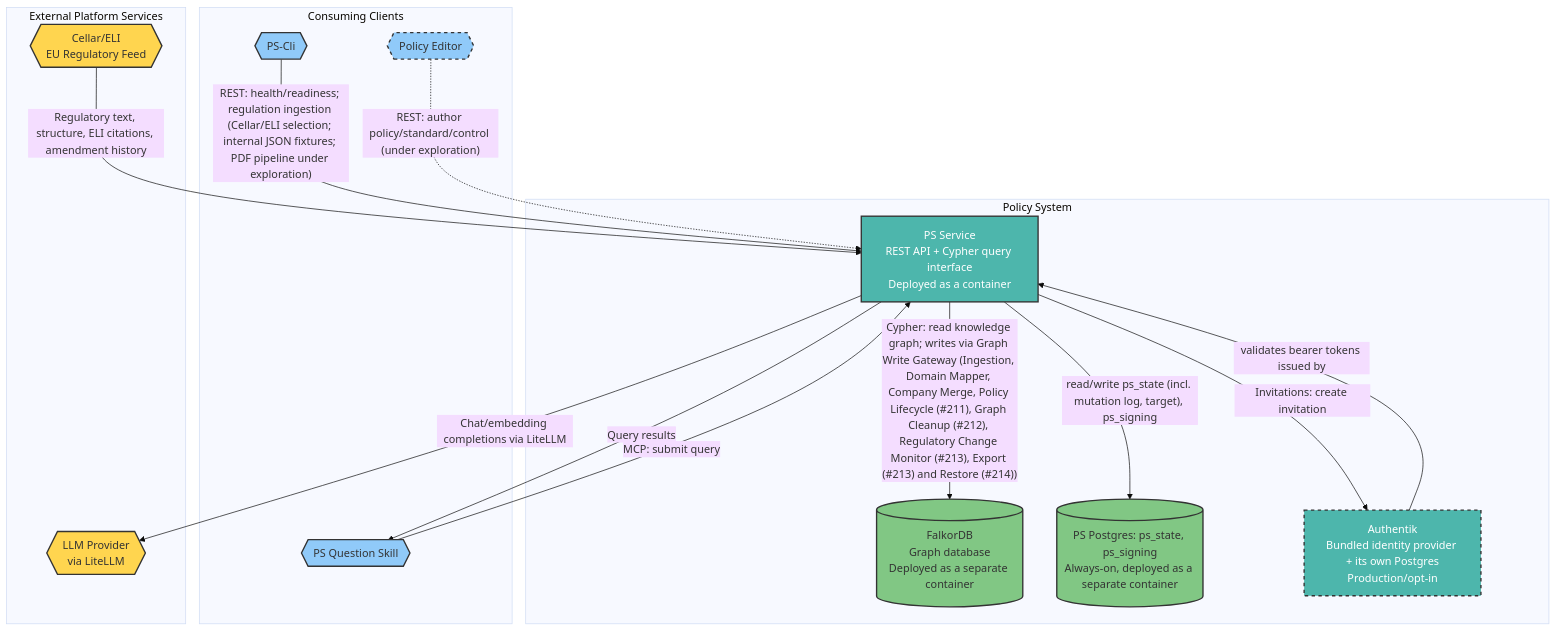
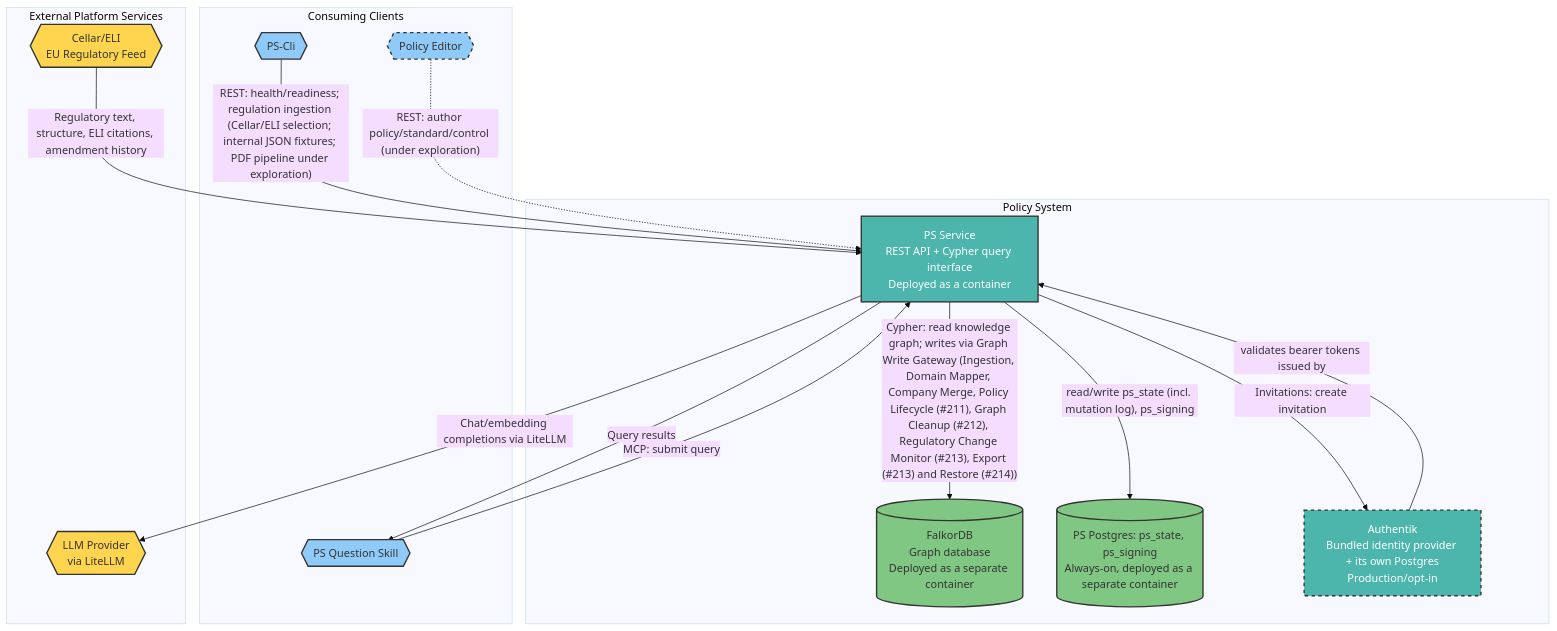
The second of 2 diagrams in docs/architecture/ps-solution-architecture.md (mindovermachine-dev/policy-system), drawn with Mermaid (base theme) before and after one commit. The commit also changed other lines of this file and 15 other files, not shown here.

````diff
--- a/docs/architecture/ps-solution-architecture.md
+++ b/docs/architecture/ps-solution-architecture.md
@@ -150,43 +150,43 @@
 ```mermaid
 graph TB
     subgraph Clients["Consuming Clients"]
         PSCli{{PS-Cli}}
         PSSkill{{PS Question Skill}}
         PolicyEditor{{Policy Editor}}
     end
 
     subgraph Platform["External Platform Services"]
         Cellar{{Cellar/ELI<br/>EU Regulatory Feed}}
         LLMProvider{{LLM Provider<br/>via LiteLLM}}
     end
 
     subgraph System_Name["Policy System"]
         PSService[PS Service<br/>REST API + Cypher query interface<br/>Deployed as a container]
         FalkorDB[(FalkorDB<br/>Graph database<br/>Deployed as a separate container)]
         PSPostgres[(PS Postgres: ps_state, ps_signing<br/>Always-on, deployed as a separate container)]
         Authentik[Authentik<br/>Bundled identity provider + its own Postgres<br/>Production/opt-in]
 
         PSService -->|"Cypher: read knowledge graph; writes via Graph Write Gateway (Ingestion, Domain Mapper, Company Merge, Policy Lifecycle (#211), Graph Cleanup (#212), Regulatory Change Monitor (#213), Export (#213) and Restore (#214))"| FalkorDB
-        PSService -->|"read/write ps_state (incl. mutation log, target), ps_signing"| PSPostgres
+        PSService -->|"read/write ps_state (incl. mutation log), ps_signing"| PSPostgres
         Authentik -->|"validates bearer tokens issued by"| PSService
         PSService -->|"Invitations: create invitation"| Authentik
     end
 
     PSCli -->|"REST: health/readiness; regulation ingestion (Cellar/ELI selection; internal JSON fixtures; PDF pipeline under exploration)"| PSService
     PSSkill -->|"MCP: submit query"| PSService
     PSService -->|"Query results"| PSSkill
     PolicyEditor -.->|"REST: author policy/standard/control (under exploration)"| PSService
 
     Cellar -->|"Regulatory text, structure, ELI citations, amendment history"| PSService
     PSService -->|"Chat/embedding completions via LiteLLM"| LLMProvider
 
     style PSCli fill:#90CAF9,stroke:#333,stroke-width:2px,color:#333
     style PSSkill fill:#90CAF9,stroke:#333,stroke-width:2px,color:#333
     style PolicyEditor fill:#90CAF9,stroke:#333,stroke-width:2px,color:#333,stroke-dasharray: 5 5
     style Cellar fill:#FFD54F,stroke:#333,stroke-width:2px,color:#333
     style LLMProvider fill:#FFD54F,stroke:#333,stroke-width:2px,color:#333
     style PSService fill:#4DB6AC,stroke:#333,stroke-width:2px,color:#FFFFFF
     style FalkorDB fill:#81C784,stroke:#333,stroke-width:2px,color:#333
     style PSPostgres fill:#81C784,stroke:#333,stroke-width:2px,color:#333
     style Authentik fill:#4DB6AC,stroke:#333,stroke-width:2px,color:#FFFFFF,stroke-dasharray: 5 5
 ```
````
